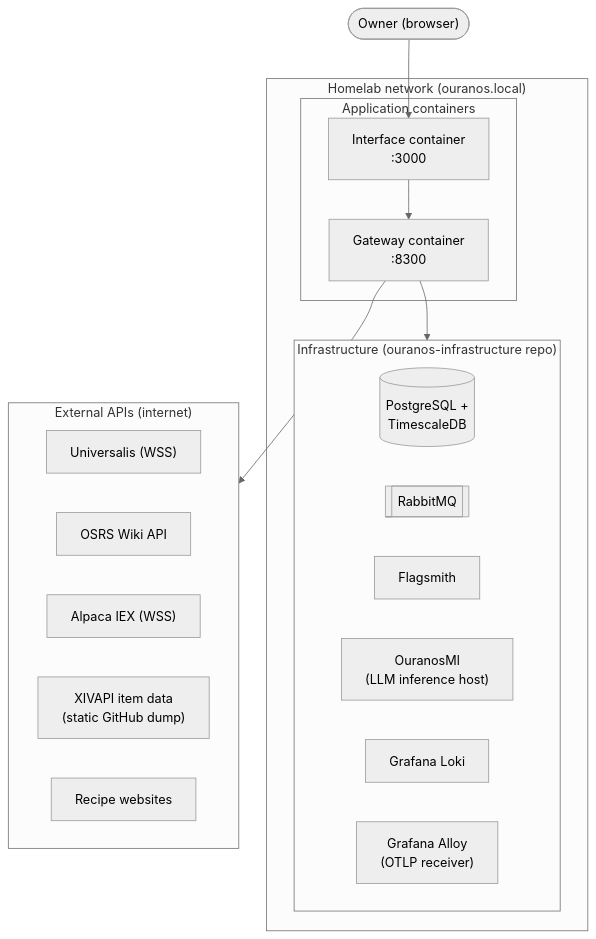
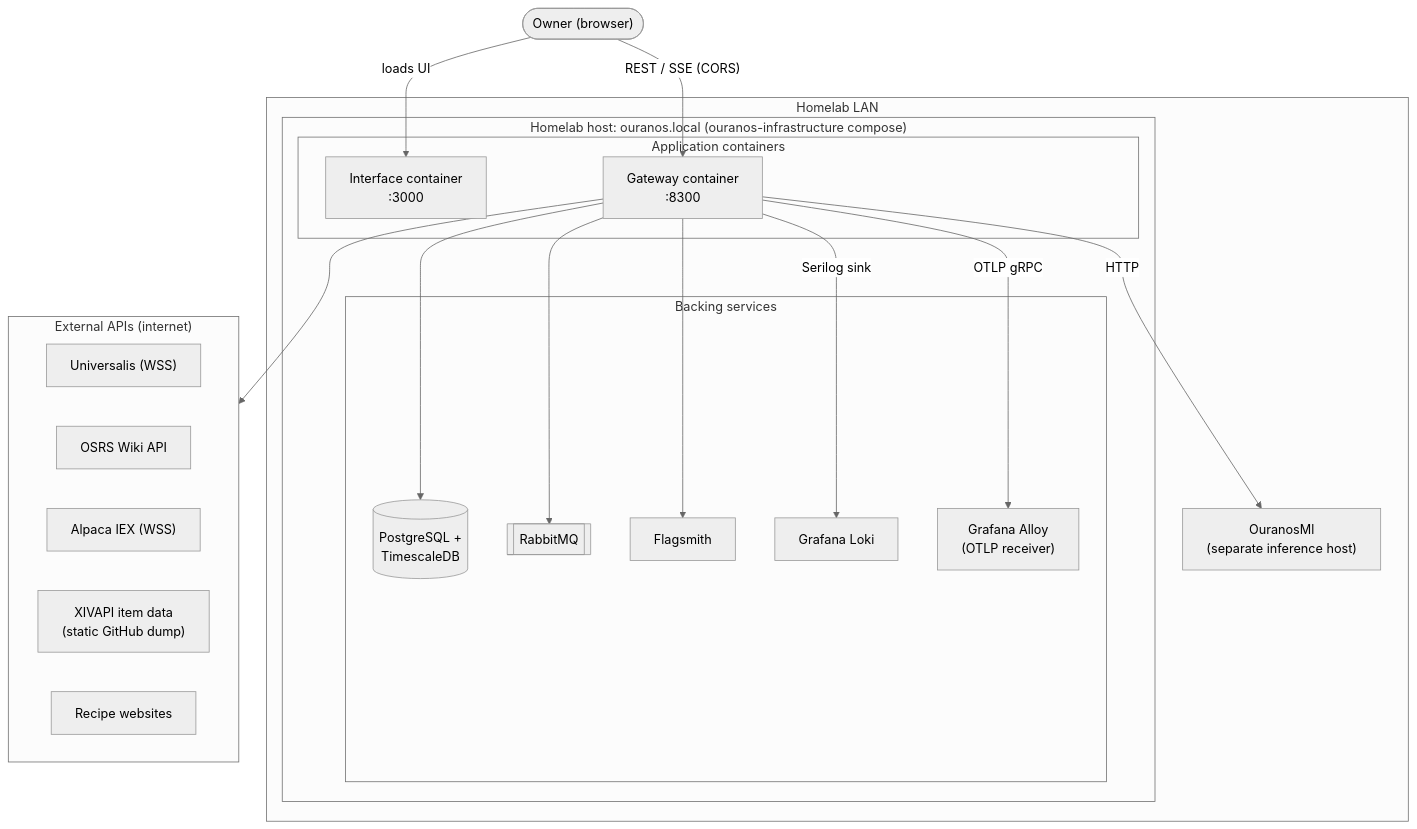
The first of 2 diagrams in docs/architecture/07-deployment-view.md (davwales/ouranos-pantheon), drawn with Mermaid (neutral theme) before and after one commit. The commit also changed other lines of this file and 20 other files, not shown here.

````diff
--- a/docs/architecture/07-deployment-view.md
+++ b/docs/architecture/07-deployment-view.md
@@ -24,33 +25,42 @@
 ```mermaid
 graph TB
     user(["Owner (browser)"])
 
-    subgraph homelab["Homelab network (ouranos.local)"]
-        subgraph apps["Application containers"]
-            gw["Gateway container<br/>:8300"]
-            ifc["Interface container<br/>:3000"]
+    subgraph lan["Homelab LAN"]
+        subgraph host["Homelab host: ouranos.local (ouranos-infrastructure compose)"]
+            subgraph apps["Application containers"]
+                ifc["Interface container<br/>:3000"]
+                gw["Gateway container<br/>:8300"]
+            end
+
+            subgraph infra["Backing services"]
+                pg[("PostgreSQL +<br/>TimescaleDB")]
+                mq[["RabbitMQ"]]
+                fs["Flagsmith"]
+                loki["Grafana Loki"]
+                alloy["Grafana Alloy<br/>(OTLP receiver)"]
+            end
         end
 
-        subgraph infra["Infrastructure (ouranos-infrastructure repo)"]
-            pg[("PostgreSQL +<br/>TimescaleDB")]
-            mq[["RabbitMQ"]]
-            fs["Flagsmith"]
-            ml["OuranosMl<br/>(LLM inference host)"]
-            loki["Grafana Loki"]
-            alloy["Grafana Alloy<br/>(OTLP receiver)"]
-        end
+        ml["OuranosMl<br/>(separate inference host)"]
     end
 
     subgraph external["External APIs (internet)"]
         uni["Universalis (WSS)"]
         osrs["OSRS Wiki API"]
         alp["Alpaca IEX (WSS)"]
         xiv["XIVAPI item data<br/>(static GitHub dump)"]
         web["Recipe websites"]
     end
 
-    user --> ifc --> gw
+    user -- "loads UI" --> ifc
+    user -- "REST / SSE (CORS)" --> gw
 
-    gw --> infra
+    gw --> pg
+    gw --> mq
+    gw --> fs
+    gw -- "Serilog sink" --> loki
+    gw -- "OTLP gRPC" --> alloy
+    gw -- "HTTP" --> ml
     gw --> external
 ```
````
